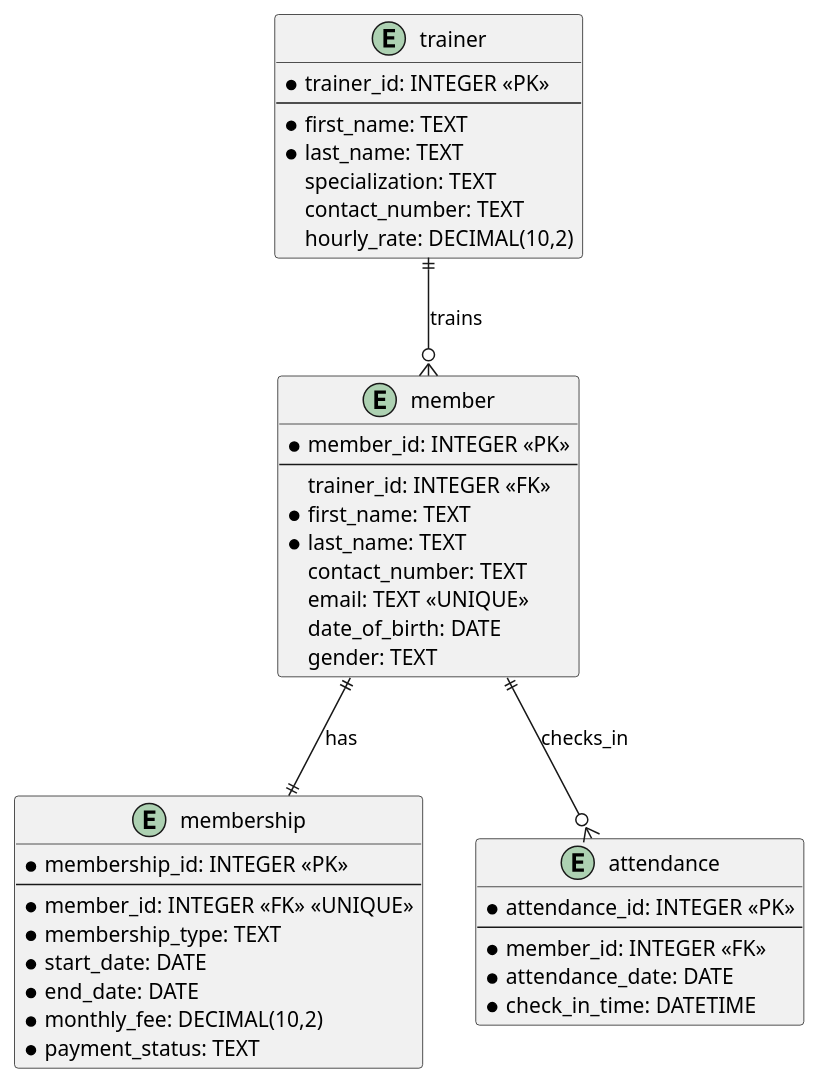
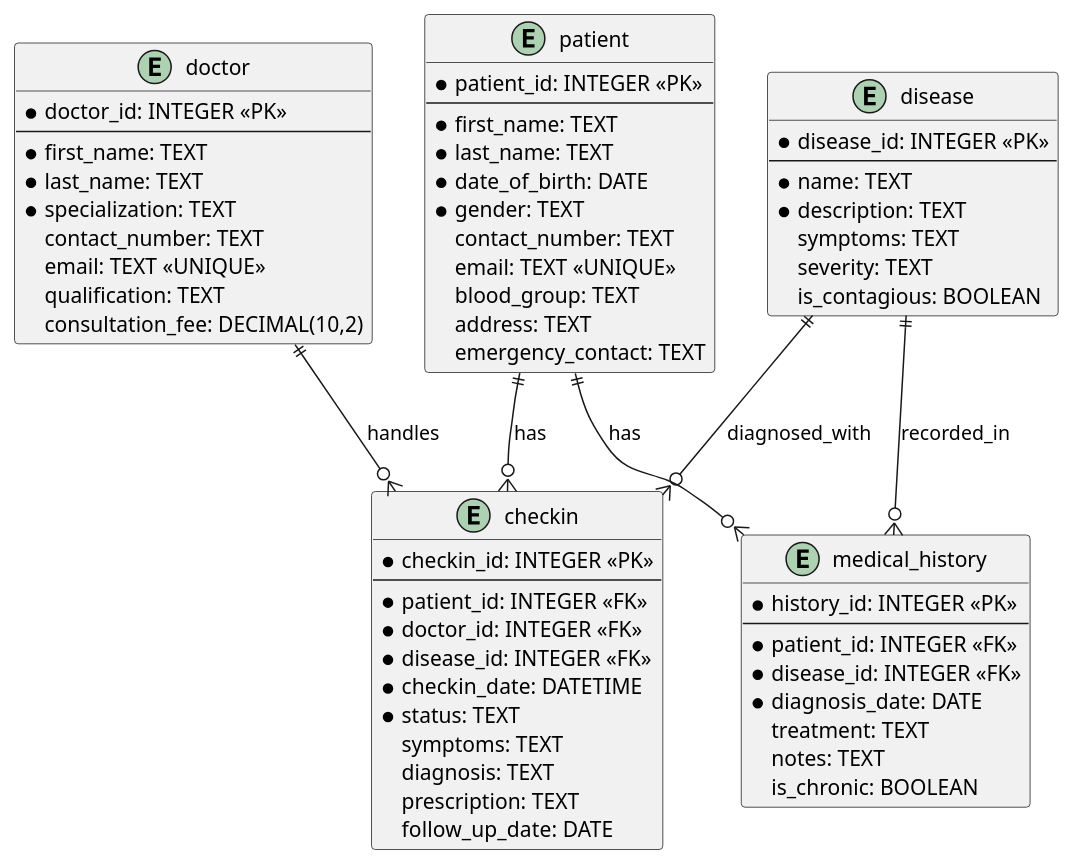
Before and after one commit to Wizhill05/gym_management: the diagram in server/er.puml, drawn with PlantUML. The commit also changed 8 other files, not shown here.

```diff
--- a/server/er.puml
+++ b/server/er.puml
@@ -1,50 +1,72 @@
-@startuml Gym Management System Database Schema
+@startuml Hospital Management System Database Schema
 
 ' Entity definitions
-entity "member" {
-  *member_id: INTEGER <<PK>>
-  --
-  trainer_id: INTEGER <<FK>>
-  *first_name: TEXT
-  *last_name: TEXT
-  contact_number: TEXT
-  email: TEXT <<UNIQUE>>
-  date_of_birth: DATE
-  gender: TEXT
-}
-
-entity "membership" {
-  *membership_id: INTEGER <<PK>>
-  --
-  *member_id: INTEGER <<FK>> <<UNIQUE>>
-  *membership_type: TEXT
-  *start_date: DATE
-  *end_date: DATE
-  *monthly_fee: DECIMAL(10,2)
-  *payment_status: TEXT
-}
-
-entity "trainer" {
-  *trainer_id: INTEGER <<PK>>
+entity "patient" {
+  *patient_id: INTEGER <<PK>>
   --
   *first_name: TEXT
   *last_name: TEXT
-  specialization: TEXT
+  *date_of_birth: DATE
+  *gender: TEXT
   contact_number: TEXT
-  hourly_rate: DECIMAL(10,2)
+  email: TEXT <<UNIQUE>>
+  blood_group: TEXT
+  address: TEXT
+  emergency_contact: TEXT
 }
 
-entity "attendance" {
-  *attendance_id: INTEGER <<PK>>
+entity "doctor" {
+  *doctor_id: INTEGER <<PK>>
   --
-  *member_id: INTEGER <<FK>>
-  *attendance_date: DATE
-  *check_in_time: DATETIME
+  *first_name: TEXT
+  *last_name: TEXT
+  *specialization: TEXT
+  contact_number: TEXT
+  email: TEXT <<UNIQUE>>
+  qualification: TEXT
+  consultation_fee: DECIMAL(10,2)
+}
+
+entity "disease" {
+  *disease_id: INTEGER <<PK>>
+  --
+  *name: TEXT
+  *description: TEXT
+  symptoms: TEXT
+  severity: TEXT
+  is_contagious: BOOLEAN
+}
+
+entity "checkin" {
+  *checkin_id: INTEGER <<PK>>
+  --
+  *patient_id: INTEGER <<FK>>
+  *doctor_id: INTEGER <<FK>>
+  *disease_id: INTEGER <<FK>>
+  *checkin_date: DATETIME
+  *status: TEXT
+  symptoms: TEXT
+  diagnosis: TEXT
+  prescription: TEXT
+  follow_up_date: DATE
+}
+
+entity "medical_history" {
+  *history_id: INTEGER <<PK>>
+  --
+  *patient_id: INTEGER <<FK>>
+  *disease_id: INTEGER <<FK>>
+  *diagnosis_date: DATE
+  treatment: TEXT
+  notes: TEXT
+  is_chronic: BOOLEAN
 }
 
 ' Relationships
-member ||--|| membership : has
-trainer ||--o{ member : trains
-member ||--o{ attendance : checks_in
+patient ||--o{ checkin : has
+doctor ||--o{ checkin : handles
+disease ||--o{ checkin : diagnosed_with
+patient ||--o{ medical_history : has
+disease ||--o{ medical_history : recorded_in
 
 @enduml
```
